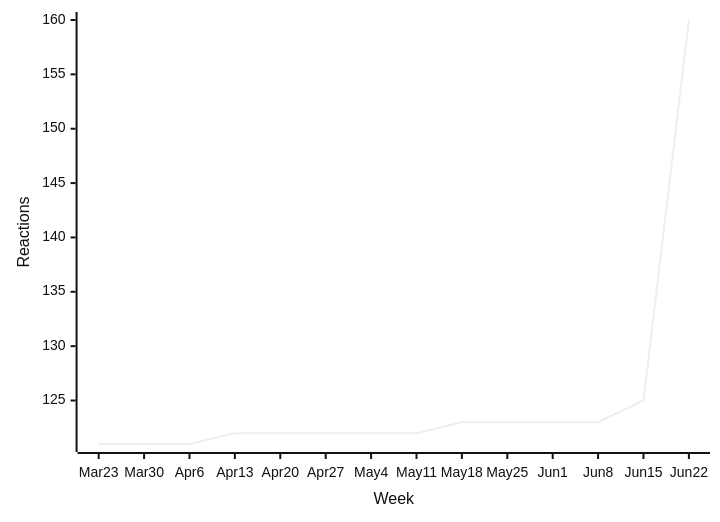
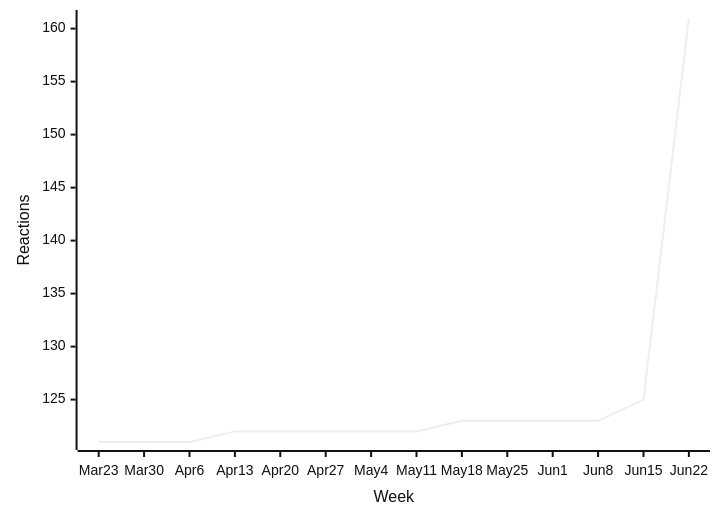
The third of 56 diagrams in README.md (loic-sharma/github-insights), drawn with Mermaid (neutral theme) before and after one commit. The commit also changed other lines of this file and 2 other files, not shown here.

````diff
--- a/README.md
+++ b/README.md
@@ -373,6 +373,6 @@
   ```mermaid
   xychart-beta
     x-axis "Week" [Mar 23, Mar 30, Apr 6, Apr 13, Apr 20, Apr 27, May 4, May 11, May 18, May 25, Jun 1, Jun 8, Jun 15, Jun 22]
     y-axis "Reactions"
-    line [121, 121, 121, 122, 122, 122, 122, 122, 123, 123, 123, 123, 125, 160]
+    line [121, 121, 121, 122, 122, 122, 122, 122, 123, 123, 123, 123, 125, 161]
   ```
````
